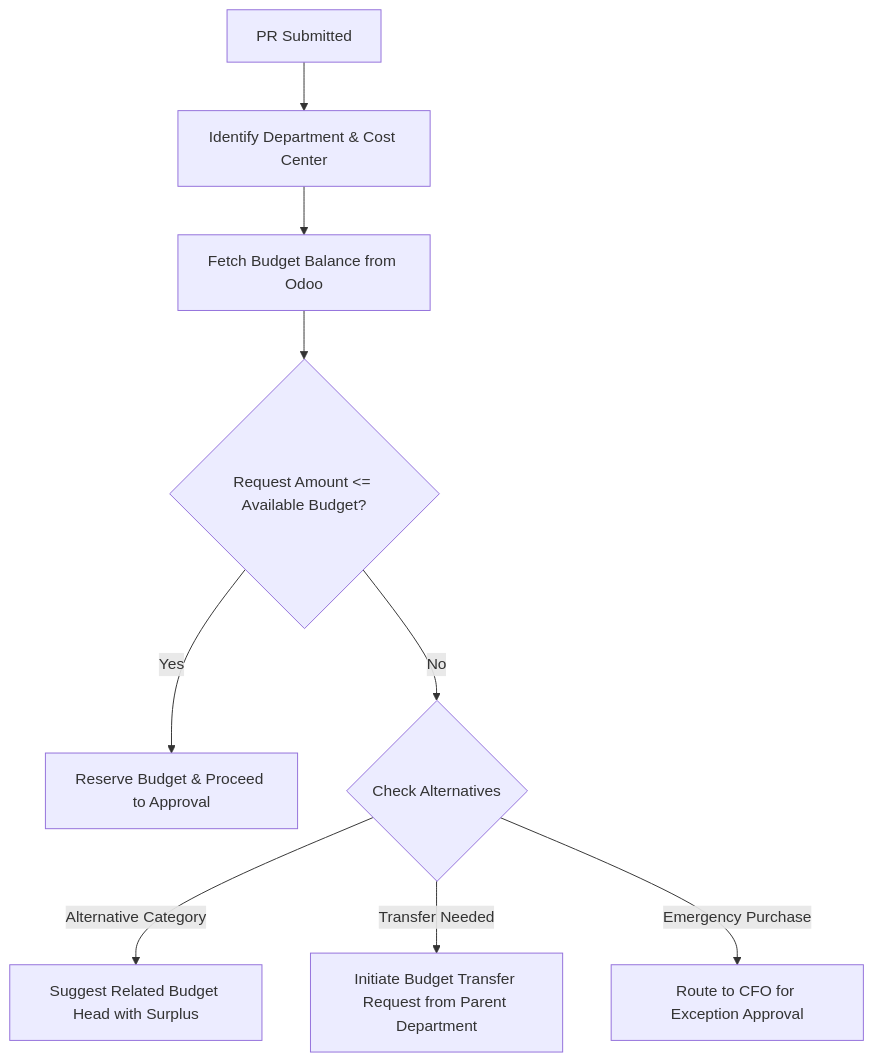
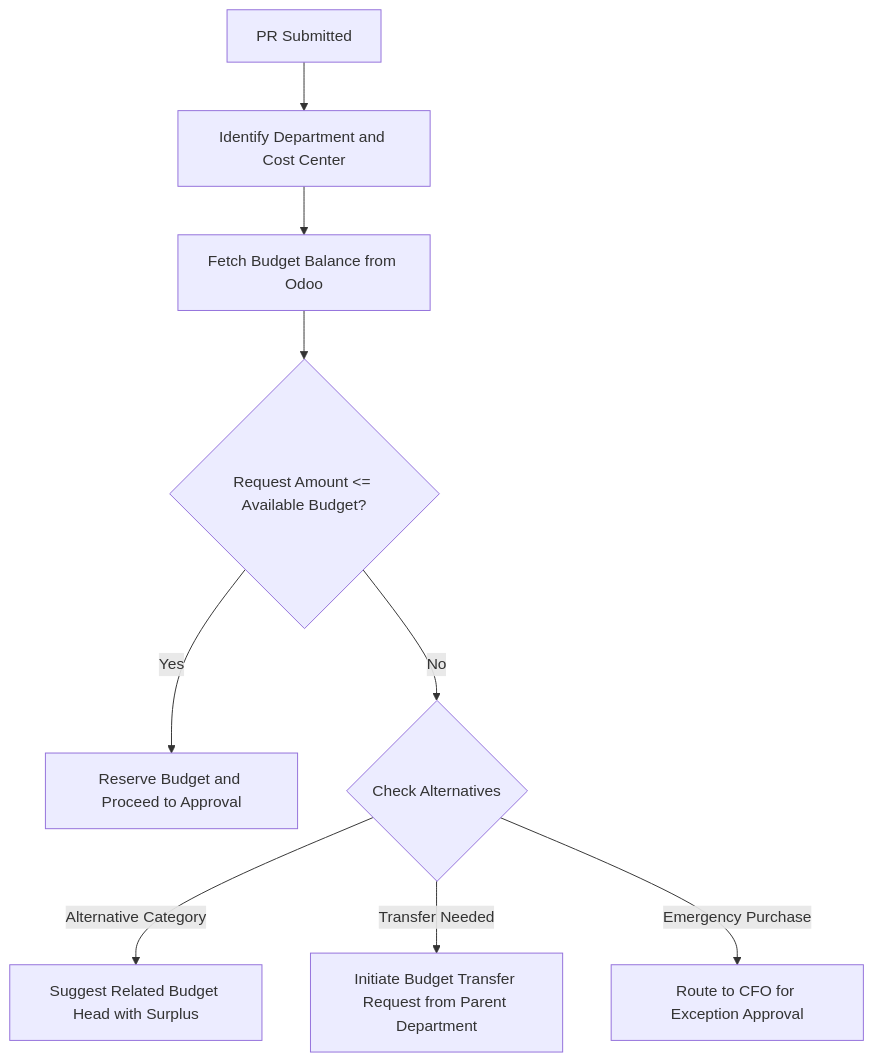
Before and after one commit to Anjitha-IdeenTech/Spendwise_prod: the third of 5 diagrams in smart_spend_proposal/smartspend_workflow_guide.md, drawn with Mermaid. The commit also changed other lines of this file and 1 other file, not shown here.

Commit message:
fix: replace all remaining & with and in Mermaid diagrams to prevent parser failures

````diff
--- a/smart_spend_proposal/smartspend_workflow_guide.md
+++ b/smart_spend_proposal/smartspend_workflow_guide.md
@@ -114,13 +114,13 @@
 ```mermaid
 flowchart TD
-    Start[PR Submitted] --> CostCenter["Identify Department & Cost Center"]
+    Start[PR Submitted] --> CostCenter["Identify Department and Cost Center"]
     CostCenter --> FetchBudget[Fetch Budget Balance from Odoo]
     FetchBudget --> Check{"Request Amount <= Available Budget?"}
     
-    Check -->|Yes| Reserve[Reserve Budget & Proceed to Approval]
+    Check -->|Yes| Reserve[Reserve Budget and Proceed to Approval]
     
     Check -->|No| SuggestAlternatives{Check Alternatives}
     SuggestAlternatives -->|Alternative Category| AltCat[Suggest Related Budget Head with Surplus]
     SuggestAlternatives -->|Transfer Needed| AltTrans[Initiate Budget Transfer Request from Parent Department]
     SuggestAlternatives -->|Emergency Purchase| AltEmerg[Route to CFO for Exception Approval]
 ```
````
